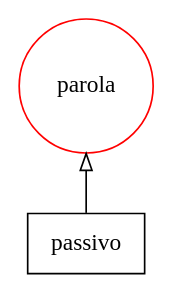
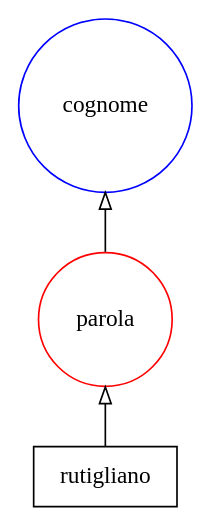
Before and after one commit to Simoruty/AI-course-project: the diagram in var/spiegazioni/tag5.dot, drawn with Graphviz. The commit also changed 283 other files, not shown here.

```diff
--- a/var/spiegazioni/tag5.dot
+++ b/var/spiegazioni/tag5.dot
@@ -1,33 +1,35 @@
 digraph {
    rankdir=BT;
    edge [arrowhead=empty];
 
    subgraph {
       rank="source";
       edge [arrowhead=normal];
       node [shape=box];
-      t6 [label="passivo"];
+      t2 [label="rutigliano"];
    }
 
    subgraph {
       rank="same";
       node [color=red,shape=circle];
-      tag5 [label=parola]; 
+      tag1 [label=parola]; 
    }
 
    subgraph {
       rank="same";
       node [color=blue,shape=circle];
+      tag5 [label=cognome]; 
    }
 
    subgraph {
       rank="same";
       node [color=green,shape=circle];
    }
 
    subgraph {
       rank="same";
       node [color=orange,shape=circle];
    }
-   t6 -> tag5;
+   tag1 -> tag5;
+   t2 -> tag1;
 }
```
